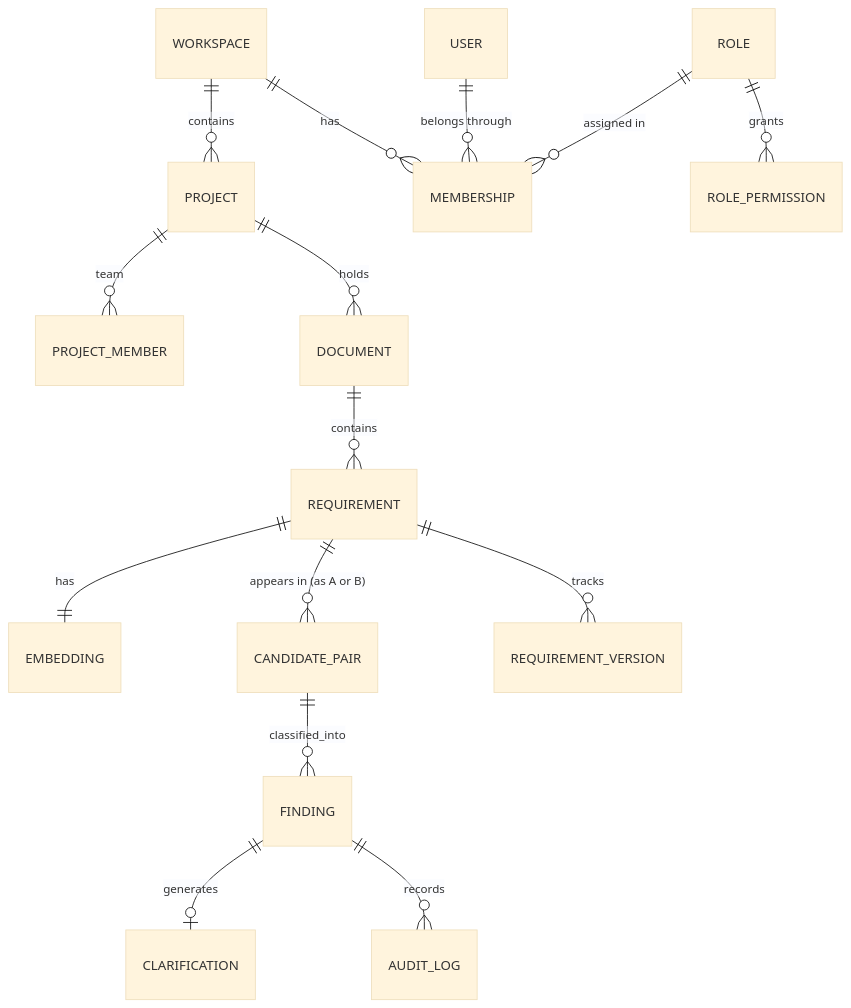
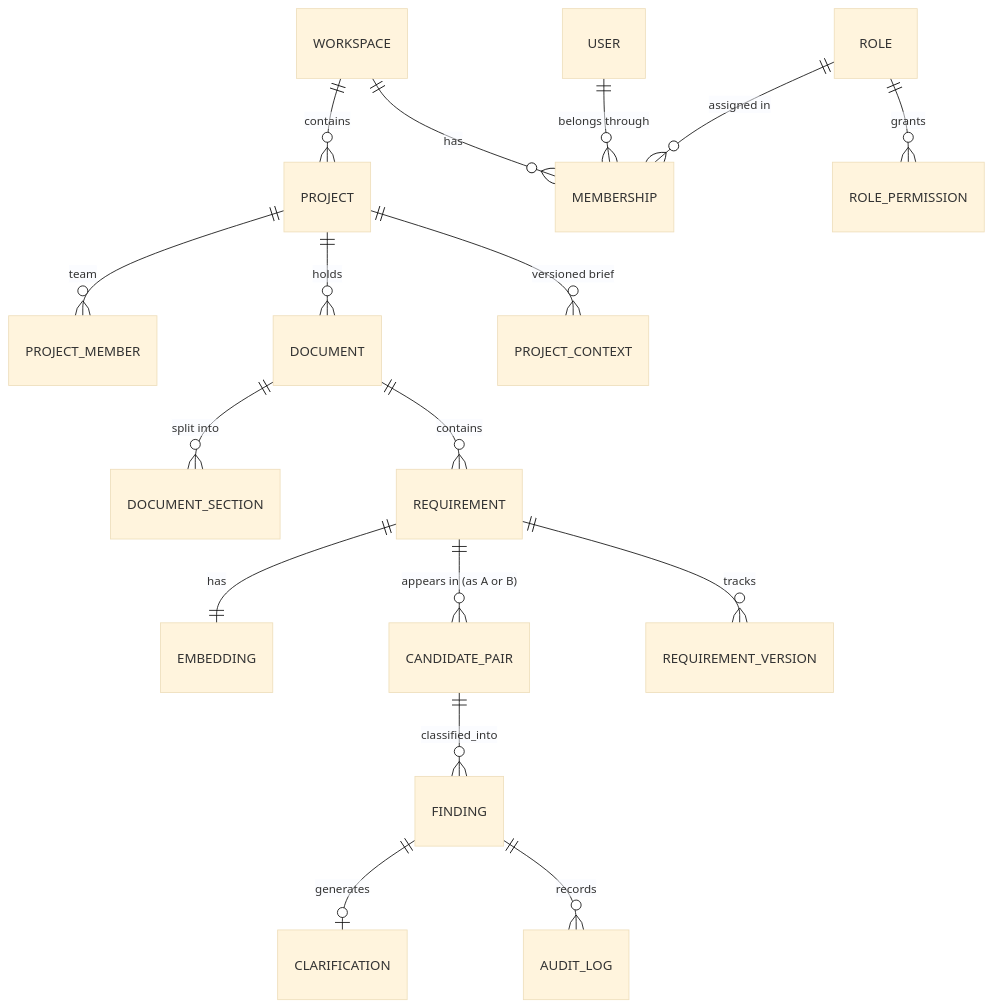
The diagram in docs/engineering/data-model.md (ParthAgrawal-07/AI-Requirements-Conflict-Dectector), drawn with Mermaid (base theme) before and after one commit. The commit also changed other lines of this file and 16 other files, not shown here.

````diff
--- a/docs/engineering/data-model.md
+++ b/docs/engineering/data-model.md
@@ -14,17 +14,19 @@
 ```mermaid
 erDiagram
   WORKSPACE ||--o{ PROJECT : contains
   WORKSPACE ||--o{ MEMBERSHIP : has
   USER ||--o{ MEMBERSHIP : "belongs through"
   ROLE ||--o{ MEMBERSHIP : "assigned in"
   ROLE ||--o{ ROLE_PERMISSION : grants
   PROJECT ||--o{ PROJECT_MEMBER : team
   PROJECT ||--o{ DOCUMENT : holds
+  PROJECT ||--o{ PROJECT_CONTEXT : "versioned brief"
+  DOCUMENT ||--o{ DOCUMENT_SECTION : "split into"
   DOCUMENT ||--o{ REQUIREMENT : contains
   REQUIREMENT ||--|| EMBEDDING : has
   REQUIREMENT ||--o{ CANDIDATE_PAIR : "appears in (as A or B)"
   CANDIDATE_PAIR ||--o{ FINDING : classified_into
   FINDING ||--o| CLARIFICATION : generates
   FINDING ||--o{ AUDIT_LOG : records
   REQUIREMENT ||--o{ REQUIREMENT_VERSION : tracks
 ```
````
